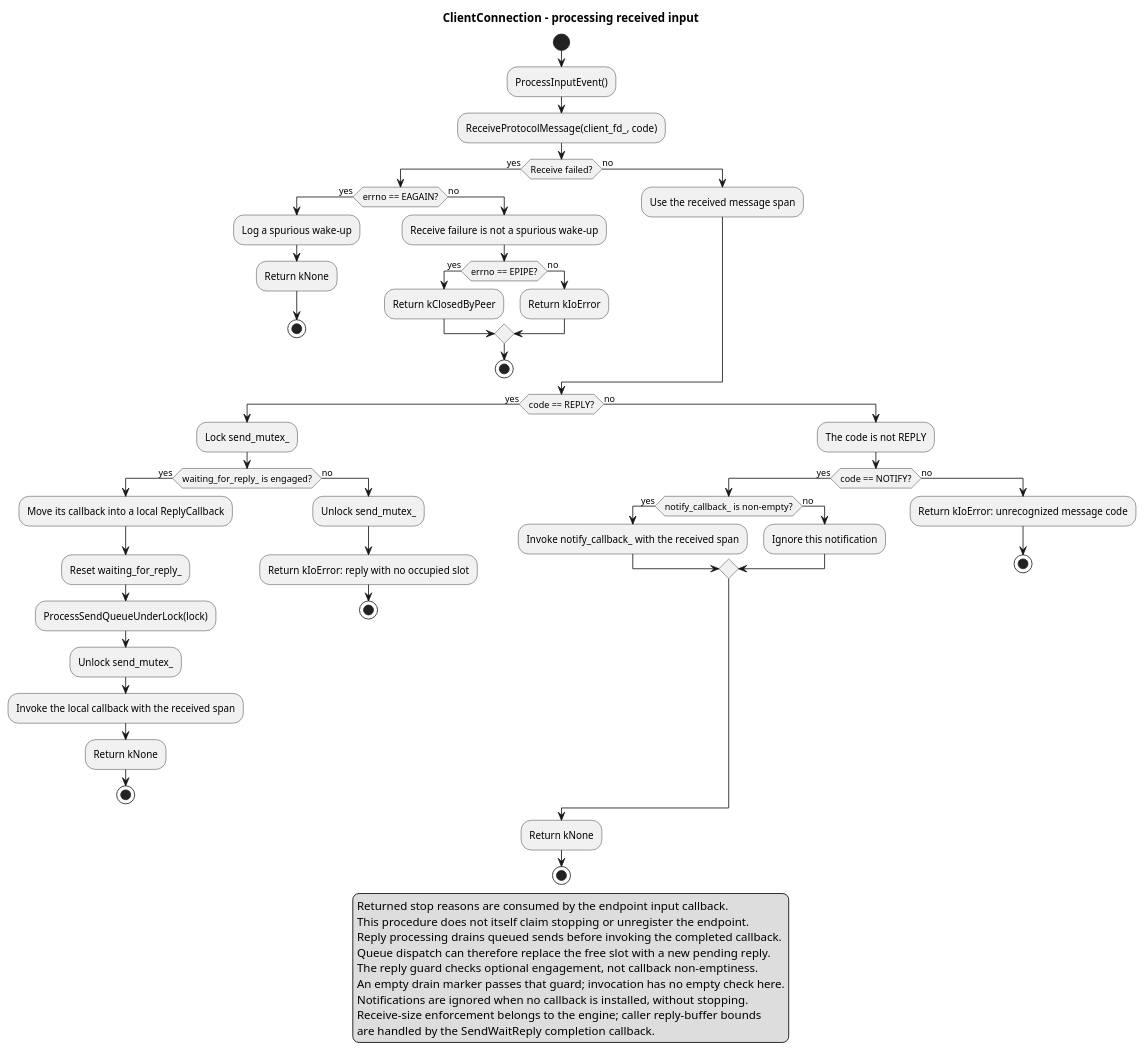
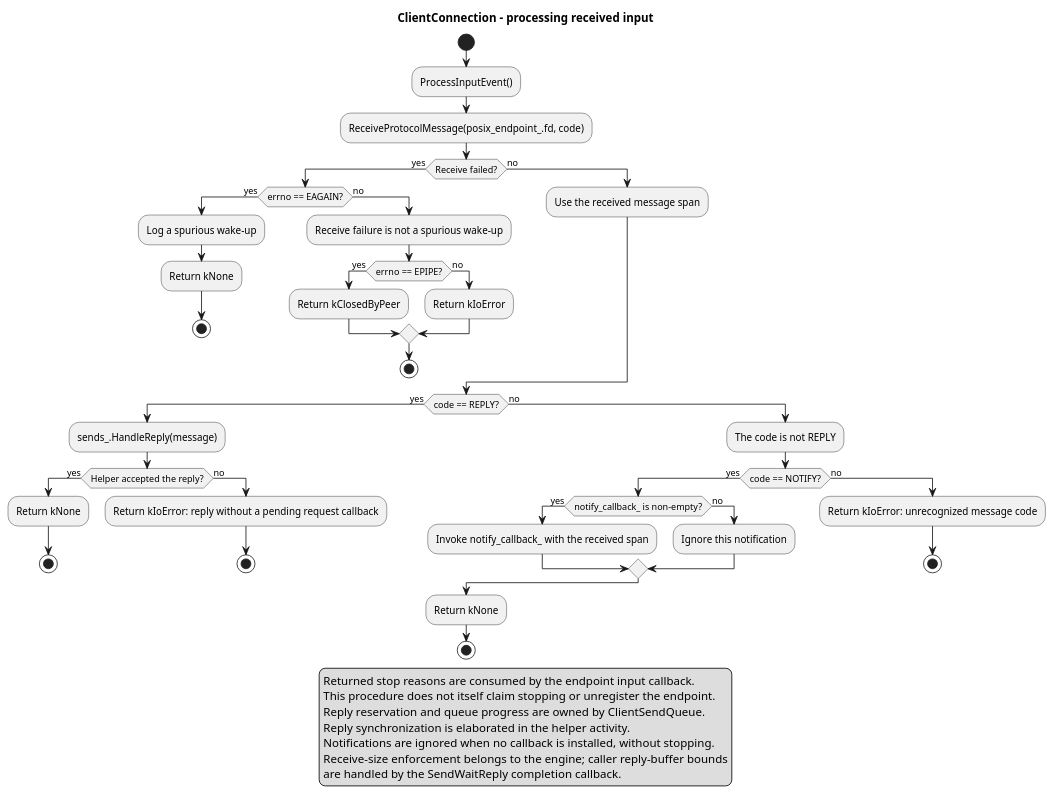
The diagram in score/message_passing/dependability/software_unit_design/client_connection_process_input_event_activity.puml (eclipse-score/communication), drawn with PlantUML before and after one commit. The commit also changed 43 other files, not shown here.

First line of the commit message:
message_passing: extract client_connection state helpers

```diff
--- a/score/message_passing/dependability/software_unit_design/client_connection_process_input_event_activity.puml
+++ b/score/message_passing/dependability/software_unit_design/client_connection_process_input_event_activity.puml
@@ -1,69 +1,61 @@
 @startuml client_connection_process_input_event_activity
 title ClientConnection - processing received input
 
 start
 :ProcessInputEvent();
-:ReceiveProtocolMessage(client_fd_, code);
+:ReceiveProtocolMessage(posix_endpoint_.fd, code);
 if (Receive failed?) then (yes)
     if (errno == EAGAIN?) then (yes)
         :Log a spurious wake-up;
         :Return kNone;
         stop
     else (no)
         :Receive failure is not a spurious wake-up;
         if (errno == EPIPE?) then (yes)
             :Return kClosedByPeer;
         else (no)
             :Return kIoError;
         endif
         stop
     endif
 else (no)
     :Use the received message span;
 endif
 
 if (code == REPLY?) then (yes)
-    :Lock send_mutex_;
-    if (waiting_for_reply_ is engaged?) then (yes)
-        :Move its callback into a local ReplyCallback;
-        :Reset waiting_for_reply_;
-        :ProcessSendQueueUnderLock(lock);
-        :Unlock send_mutex_;
-        :Invoke the local callback with the received span;
+    :sends_.HandleReply(message);
+    if (Helper accepted the reply?) then (yes)
         :Return kNone;
         stop
     else (no)
-        :Unlock send_mutex_;
-        :Return kIoError: reply with no occupied slot;
+        :Return kIoError: reply without a pending request callback;
         stop
     endif
 else (no)
     :The code is not REPLY;
     if (code == NOTIFY?) then (yes)
         if (notify_callback_ is non-empty?) then (yes)
             :Invoke notify_callback_ with the received span;
         else (no)
             :Ignore this notification;
         endif
     else (no)
         :Return kIoError: unrecognized message code;
         stop
     endif
 endif
 
 :Return kNone;
 stop
 
 legend
     Returned stop reasons are consumed by the endpoint input callback.
     This procedure does not itself claim stopping or unregister the endpoint.
-    Reply processing drains queued sends before invoking the completed callback.
-    Queue dispatch can therefore replace the free slot with a new pending reply.
-    The reply guard checks optional engagement, not callback non-emptiness.
-    An empty drain marker passes that guard; invocation has no empty check here.
+    Reply reservation and queue progress are owned by ClientSendQueue.
+    Reply synchronization is elaborated in the helper activity.
     Notifications are ignored when no callback is installed, without stopping.
     Receive-size enforcement belongs to the engine; caller reply-buffer bounds
     are handled by the SendWaitReply completion callback.
 endlegend
 
 @enduml
```
